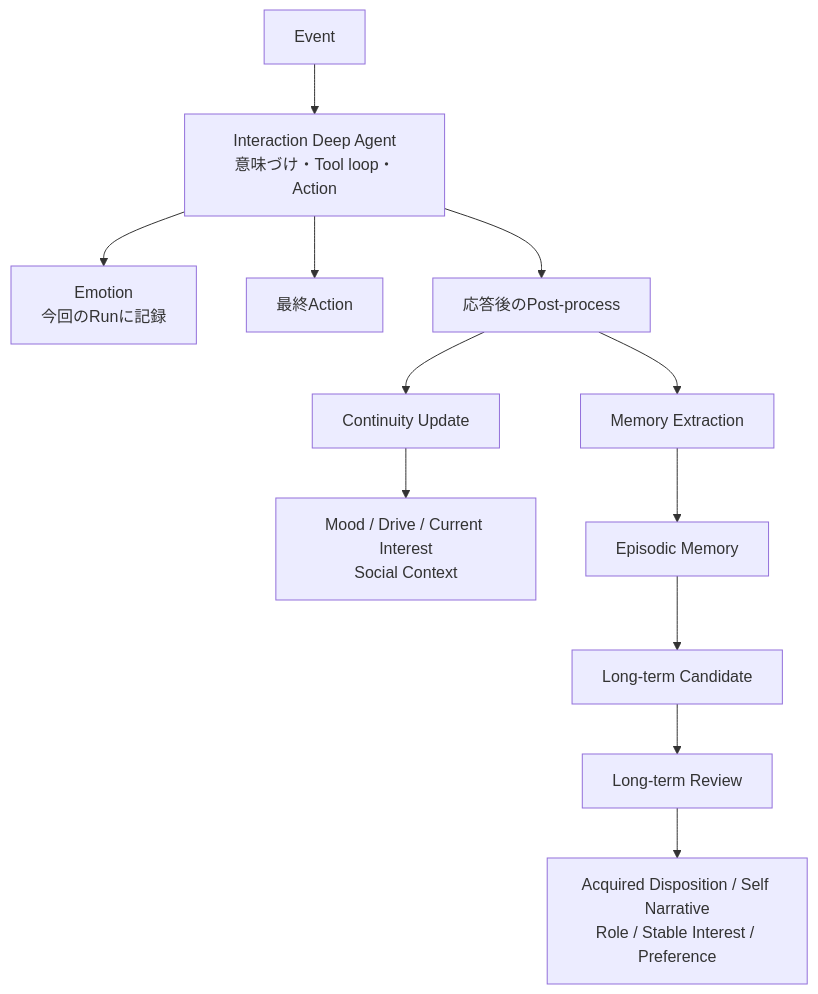
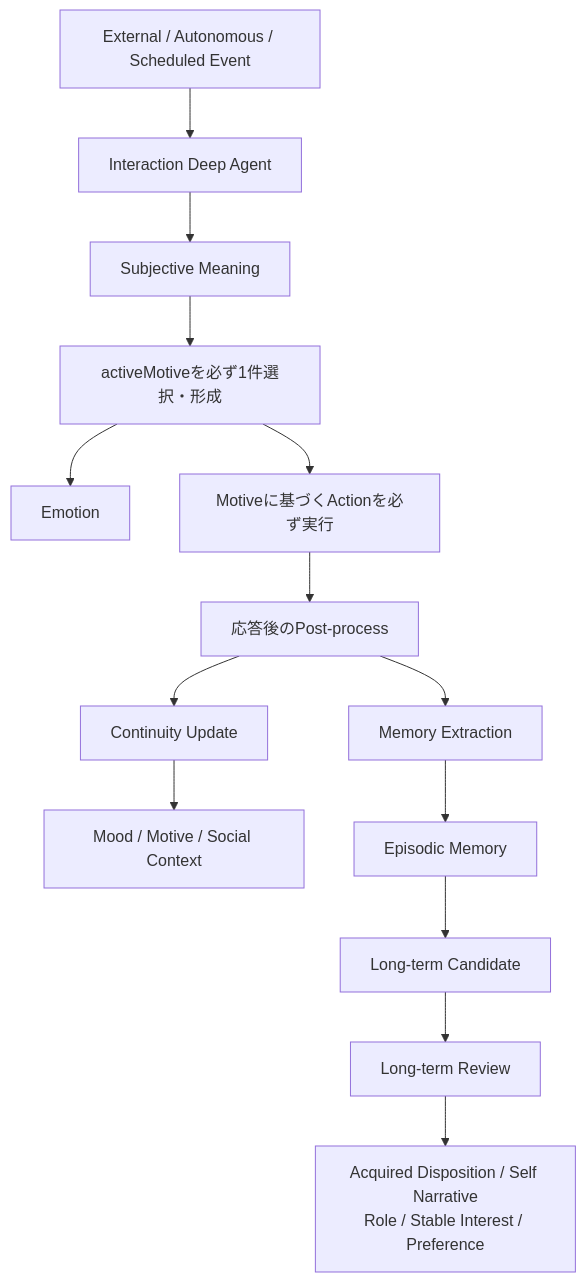
The second of 5 diagrams in docs/AGENT_MOTIVATION_MODEL.md (if001/social_agent), drawn with Mermaid before and after one commit. The commit also changed other lines of this file and 47 other files, not shown here.

````diff
--- a/docs/AGENT_MOTIVATION_MODEL.md
+++ b/docs/AGENT_MOTIVATION_MODEL.md
@@ -83,14 +82,16 @@
 ```mermaid
 flowchart TB
-    E["Event"] --> IA["Interaction Deep Agent<br/>意味づけ・Tool loop・Action"]
-    IA --> SHORT["Emotion<br/>今回のRunに記録"]
-    IA --> ACTION["最終Action"]
-    IA --> PP["応答後のPost-process"]
+    E["External / Autonomous / Scheduled Event"] --> IA["Interaction Deep Agent"]
+    IA --> MEANING["Subjective Meaning"]
+    MEANING --> ACTIVE["activeMotiveを必ず1件選択・形成"]
+    ACTIVE --> SHORT["Emotion"]
+    ACTIVE --> ACTION["Motiveに基づくActionを必ず実行"]
+    ACTION --> PP["応答後のPost-process"]
     PP --> CONT["Continuity Update"]
-    CONT --> MID["Mood / Drive / Current Interest<br/>Social Context"]
+    CONT --> MID["Mood / Motive / Social Context"]
     PP --> MX["Memory Extraction"]
     MX --> MEMORY["Episodic Memory"]
     MEMORY --> CAND["Long-term Candidate"]
     CAND --> LTR["Long-term Review"]
     LTR --> LONG["Acquired Disposition / Self Narrative<br/>Role / Stable Interest / Preference"]
 ```
````
